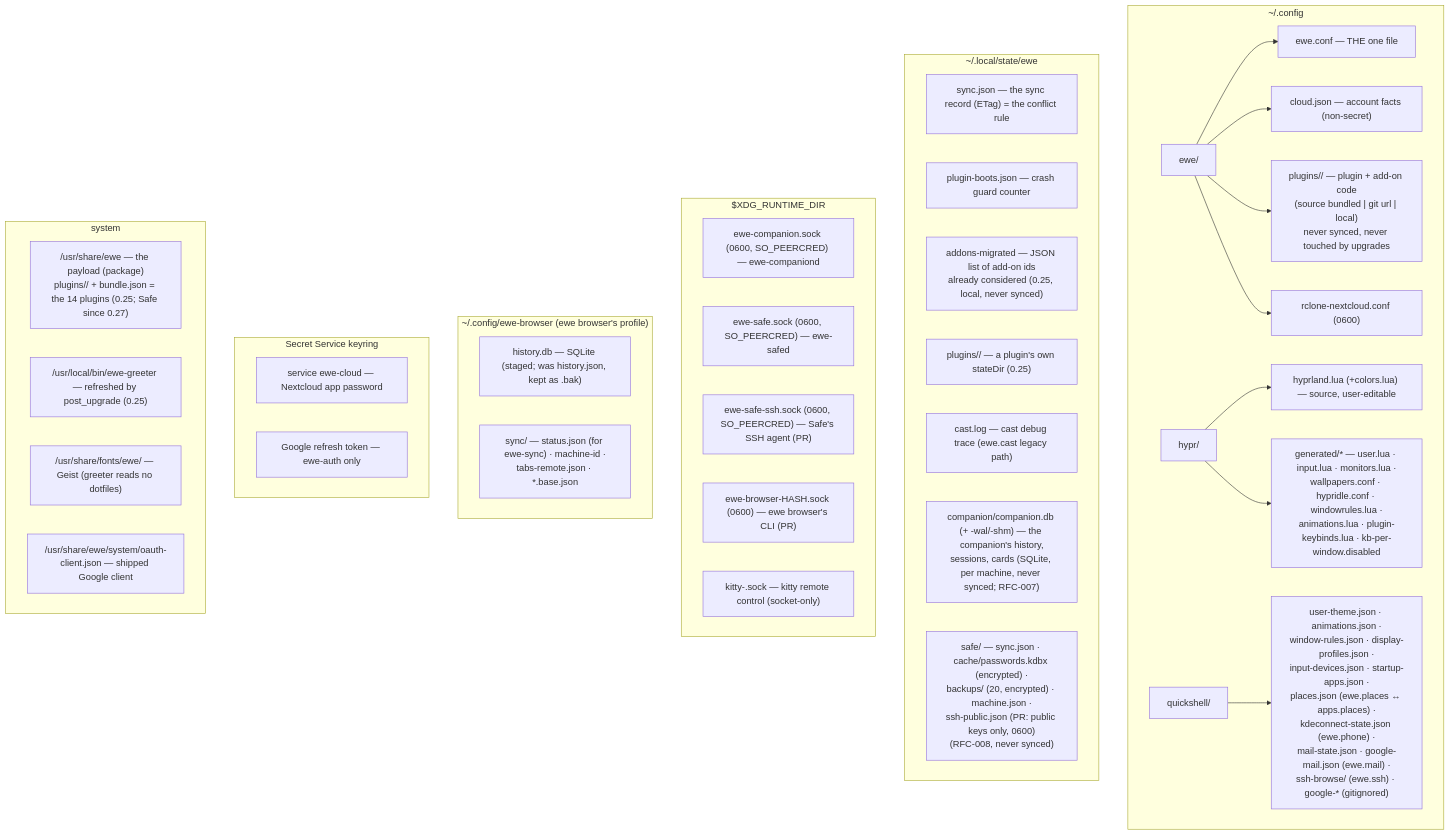
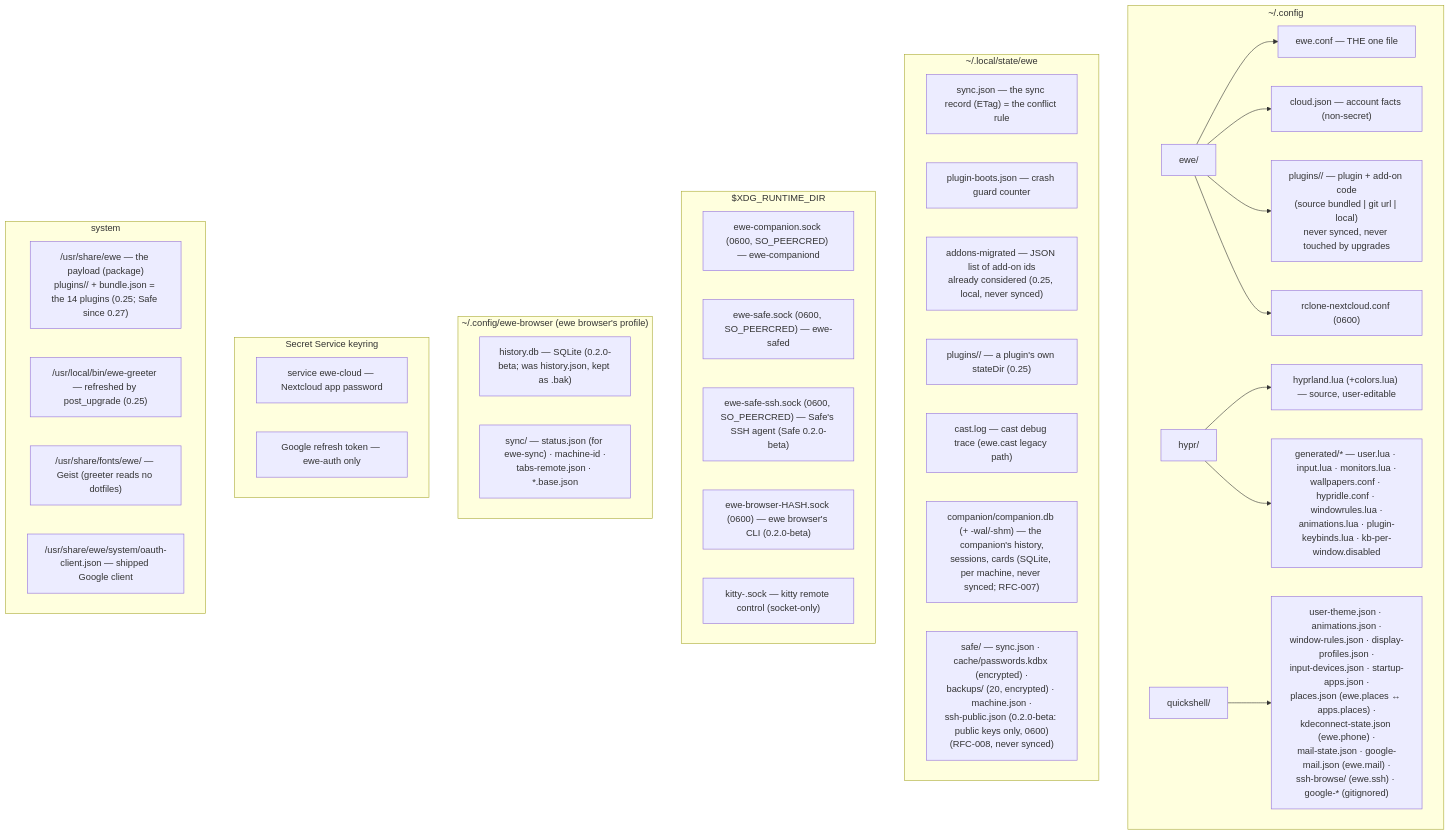
One commit to prj786/ewe-map changed the diagram in 12-Reference/Storage Map.md. Above: the diagram before and after it, drawn with Mermaid. The commit also changed other lines of this file and 23 other files, not shown here.

First line of the commit message:
release: Safe 0.2.0-beta, ewe browser 0.2.0-beta, ewe 0.28.0-beta (2026-10-15)

````diff
--- a/12-Reference/Storage Map.md
+++ b/12-Reference/Storage Map.md
@@ -14,42 +14,42 @@
 ```mermaid
 flowchart TB
     subgraph CFG["~/.config"]
         EWE["ewe/"] --> CONF["ewe.conf — THE one file"]
         EWE --> CLOUD["cloud.json — account facts (non-secret)"]
         EWE --> PLUGS["plugins/<id>/ — plugin + add-on code<br/>(source bundled | git url | local)<br/>never synced, never touched by upgrades"]
         EWE --> RCLONE["rclone-nextcloud.conf (0600)"]
         HYPR["hypr/"] --> HYPRLUA["hyprland.lua (+colors.lua) — source, user-editable"]
         HYPR --> GEN["generated/* — user.lua · input.lua · monitors.lua ·<br/>wallpapers.conf · hypridle.conf · windowrules.lua ·<br/>animations.lua · plugin-keybinds.lua · kb-per-window.disabled"]
         QS["quickshell/"] --> QSJ["user-theme.json · animations.json ·<br/>window-rules.json · display-profiles.json ·<br/>input-devices.json · startup-apps.json ·<br/>places.json (ewe.places ↔ apps.places) ·<br/>kdeconnect-state.json (ewe.phone) ·<br/>mail-state.json · google-mail.json (ewe.mail) ·<br/>ssh-browse/ (ewe.ssh) · google-* (gitignored)"]
     end
     subgraph STATE["~/.local/state/ewe"]
         SYNC["sync.json — the sync record (ETag) = the conflict rule"]
         BOOTS["plugin-boots.json — crash guard counter"]
         MIGR["addons-migrated — JSON list of add-on ids<br/>already considered (0.25, local, never synced)"]
         PSTATE["plugins/<id>/ — a plugin's own stateDir (0.25)"]
         CAST["cast.log — cast debug trace (ewe.cast legacy path)"]
         COMP["companion/companion.db (+ -wal/-shm) — the companion's history,<br/>sessions, cards (SQLite, per machine, never synced; RFC-007)"]
-        SAFE["safe/ — sync.json · cache/passwords.kdbx (encrypted) ·<br/>backups/ (20, encrypted) · machine.json ·<br/>ssh-public.json (PR: public keys only, 0600)<br/>(RFC-008, never synced)"]
+        SAFE["safe/ — sync.json · cache/passwords.kdbx (encrypted) ·<br/>backups/ (20, encrypted) · machine.json ·<br/>ssh-public.json (0.2.0-beta: public keys only, 0600)<br/>(RFC-008, never synced)"]
     end
     subgraph RUN["$XDG_RUNTIME_DIR"]
         CSOCK["ewe-companion.sock (0600, SO_PEERCRED) — ewe-companiond"]
         SSOCK["ewe-safe.sock (0600, SO_PEERCRED) — ewe-safed"]
-        SSHSOCK["ewe-safe-ssh.sock (0600, SO_PEERCRED) — Safe's SSH agent (PR)"]
-        BSOCK["ewe-browser-HASH.sock (0600) — ewe browser's CLI (PR)"]
+        SSHSOCK["ewe-safe-ssh.sock (0600, SO_PEERCRED) — Safe's SSH agent (Safe 0.2.0-beta)"]
+        BSOCK["ewe-browser-HASH.sock (0600) — ewe browser's CLI (0.2.0-beta)"]
         KSOCK["kitty-<pid>.sock — kitty remote control (socket-only)"]
     end
     subgraph BROWSER["~/.config/ewe-browser (ewe browser's profile)"]
-        BHIST["history.db — SQLite (staged; was history.json, kept as .bak)"]
+        BHIST["history.db — SQLite (0.2.0-beta; was history.json, kept as .bak)"]
         BSYNC["sync/ — status.json (for ewe-sync) · machine-id ·<br/>tabs-remote.json · *.base.json"]
     end
     subgraph KEYRING["Secret Service keyring"]
         KC["service ewe-cloud — Nextcloud app password"]
         KG["Google refresh token — ewe-auth only"]
     end
     subgraph SYSTEM["system"]
         PAY["/usr/share/ewe — the payload (package)<br/>plugins/<id>/ + bundle.json = the 14 plugins (0.25; Safe since 0.27)"]
         GREET["/usr/local/bin/ewe-greeter — refreshed by post_upgrade (0.25)"]
         FONTS["/usr/share/fonts/ewe/ — Geist (greeter reads no dotfiles)"]
         OAUTH["/usr/share/ewe/system/oauth-client.json — shipped Google client"]
     end
 ```
````
